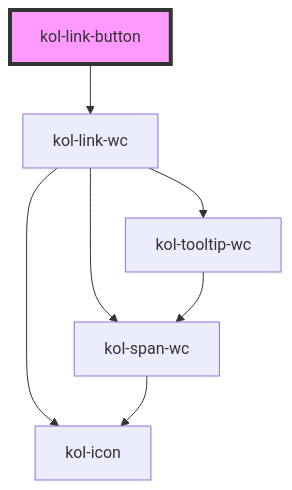
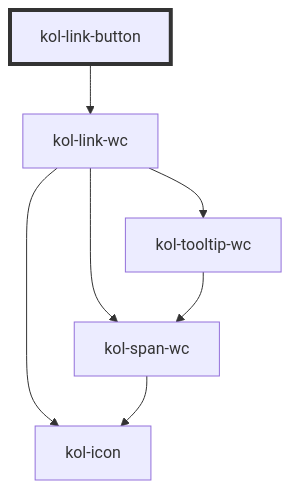
The diagram in packages/components/src/components/link-button/readme.md (public-ui/kolibri), drawn with Mermaid before and after one commit. The commit also changed 40 other files, not shown here.

````diff
--- a/packages/components/src/components/link-button/readme.md
+++ b/packages/components/src/components/link-button/readme.md
@@ -58,10 +58,10 @@
 ```mermaid
 graph TD;
   kol-link-button --> kol-link-wc
   kol-link-wc --> kol-span-wc
   kol-link-wc --> kol-icon
   kol-link-wc --> kol-tooltip-wc
   kol-span-wc --> kol-icon
   kol-tooltip-wc --> kol-span-wc
-  style kol-link-button fill:#f9f,stroke:#333,stroke-width:4px
+  style kol-link-button stroke:#333,stroke-width:4px
 ```
````
